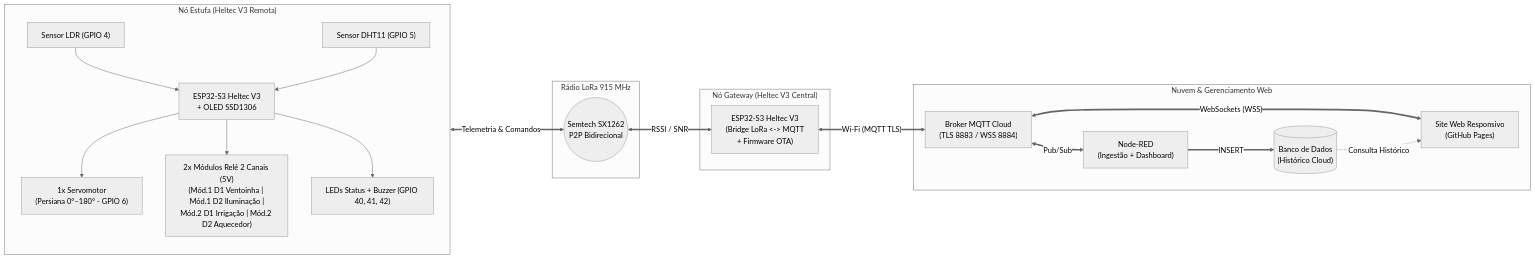
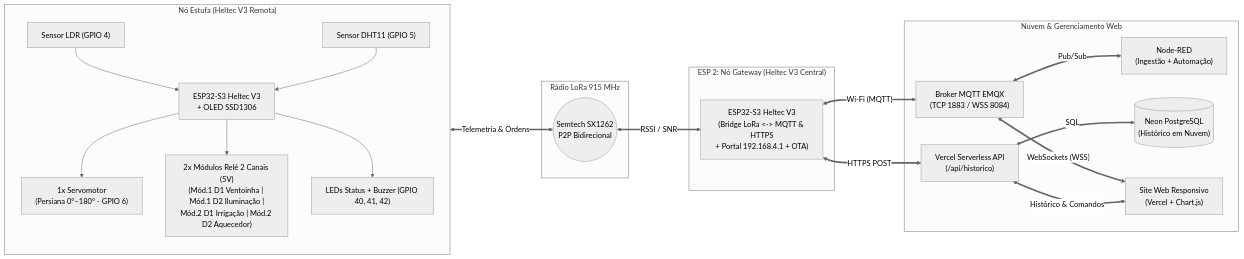
The diagram in README.md (biancakimi/projeto-IOT), drawn with Mermaid (neutral theme) before and after one commit. The commit also changed other lines of this file, not shown here.

Commit message:
docs(readme): atualiza documentacao completa com arquitetura ESP1-ESP2 LoRa, Vercel API, Neon PostgreSQL e 2 modulos rele duplos (47, 48, 33, 34)

````diff
--- a/README.md
+++ b/README.md
@@ -48,34 +48,36 @@
 ```mermaid
 flowchart LR
     subgraph Estufa["Nó Estufa (Heltec V3 Remota)"]
         direction TB
         LDR["Sensor LDR (GPIO 4)"] --> ESP_EST["ESP32-S3 Heltec V3\n+ OLED SSD1306"]
         DHT["Sensor DHT11 (GPIO 5)"] --> ESP_EST
         ESP_EST --> SERVO["1x Servomotor\n(Persiana 0°–180° - GPIO 6)"]
         ESP_EST --> RELES["2x Módulos Relé 2 Canais (5V)\n(Mód.1 D1 Ventoinha | Mód.1 D2 Iluminação |\nMód.2 D1 Irrigação | Mód.2 D2 Aquecedor)"]
         ESP_EST --> ALARME["LEDs Status + Buzzer (GPIO 40, 41, 42)"]
     end
 
     subgraph Enlace["Rádio LoRa 915 MHz"]
         RF(("Semtech SX1262\nP2P Bidirecional"))
     end
 
-    subgraph Gateway["Nó Gateway (Heltec V3 Central)"]
-        ESP_GW["ESP32-S3 Heltec V3\n(Bridge LoRa <-> MQTT\n+ Firmware OTA)"]
+    subgraph Gateway["ESP 2: Nó Gateway (Heltec V3 Central)"]
+        ESP_GW["ESP32-S3 Heltec V3\n(Bridge LoRa <-> MQTT & HTTPS\n+ Portal 192.168.4.1 + OTA)"]
     end
 
     subgraph Cloud["Nuvem & Gerenciamento Web"]
-        BROKER["Broker MQTT Cloud\n(TLS 8883 / WSS 8884)"]
-        NODERED["Node-RED\n(Ingestão + Dashboard)"]
-        DB[("Banco de Dados\n(Histórico Cloud)")]
-        SITE["Site Web Responsivo\n(GitHub Pages)"]
+        BROKER["Broker MQTT EMQX\n(TCP 1883 / WSS 8084)"]
+        API["Vercel Serverless API\n(/api/historico)"]
+        NODERED["Node-RED\n(Ingestão + Automação)"]
+        DB[("Neon PostgreSQL\n(Histórico em Nuvem)")]
+        SITE["Site Web Responsivo\n(Vercel + Chart.js)"]
     end
 
-    ESP_EST <==>|"Telemetria & Comandos"| RF
+    ESP_EST <==>|"Telemetria & Ordens"| RF
     RF <==>|"RSSI / SNR"| ESP_GW
-    ESP_GW <==>|"Wi-Fi (MQTT TLS)"| BROKER
+    ESP_GW <==>|"Wi-Fi (MQTT)"| BROKER
+    ESP_GW <==>|"HTTPS POST"| API
+    API <==>|"SQL"| DB
     BROKER <==>|"Pub/Sub"| NODERED
-    NODERED ==>|"INSERT"| DB
     BROKER <==>|"WebSockets (WSS)"| SITE
-    DB -.->|"Consulta Histórico"| SITE
+    API <==>|"Histórico & Comandos"| SITE
 ```
````
